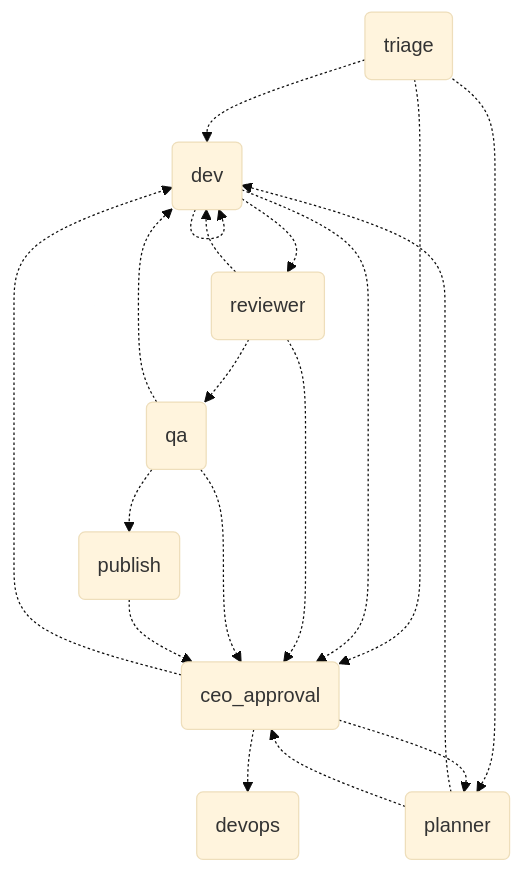
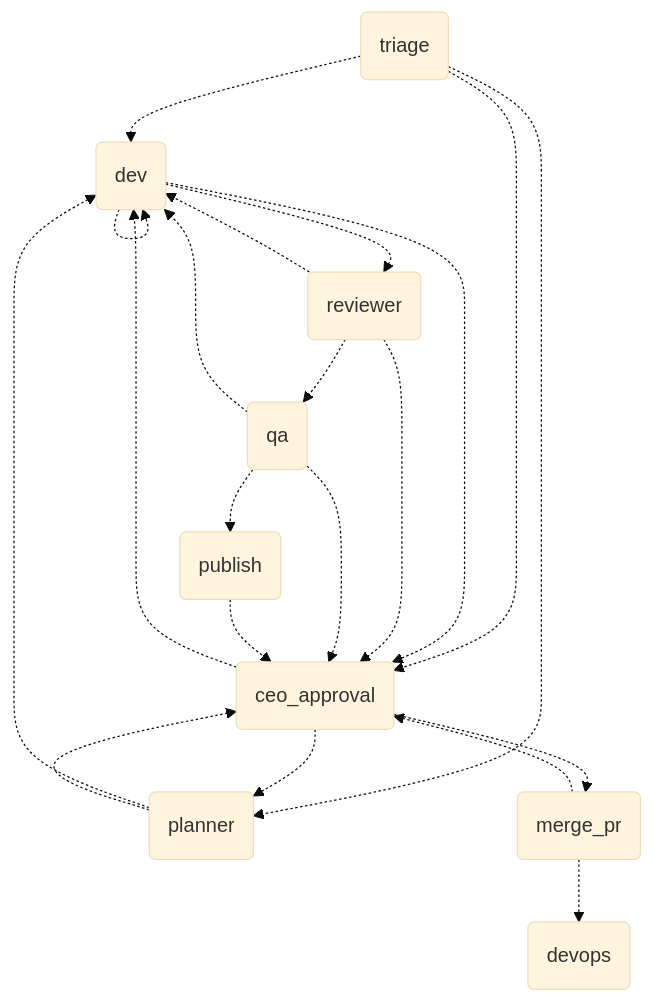
One commit to venturelli-91/agent-softhouse-orchestrator changed the diagram in orchestrator/README.md. Above: the diagram before and after it, drawn with Mermaid (base theme). The commit also changed other lines of this file and 1 other file, not shown here.

Commit message:
docs(orchestrator): per-repo config, merge policy and daily-use status

````diff
--- a/orchestrator/README.md
+++ b/orchestrator/README.md
@@ -5,29 +5,32 @@
 ```mermaid
 graph TD;
   triage(triage)
   planner(planner)
   dev(dev)
   reviewer(reviewer)
   qa(qa)
   publish(publish)
   ceo_approval(ceo_approval)
+  merge_pr(merge_pr)
   devops(devops)
   triage -.-> dev;
   triage -.-> planner;
   triage -.-> ceo_approval;
   planner -.-> dev;
   planner -.-> ceo_approval;
   dev -.-> reviewer;
   dev -.-> ceo_approval;
   reviewer -.-> qa;
   reviewer -.-> dev;
   reviewer -.-> ceo_approval;
   qa -.-> publish;
   qa -.-> dev;
   qa -.-> ceo_approval;
   publish -.-> ceo_approval;
   ceo_approval -.-> dev;
   ceo_approval -.-> planner;
-  ceo_approval -.-> devops;
+  ceo_approval -.-> merge_pr;
+  merge_pr -.-> devops;
+  merge_pr -.-> ceo_approval;
   dev -.-> dev;
 ```
````
